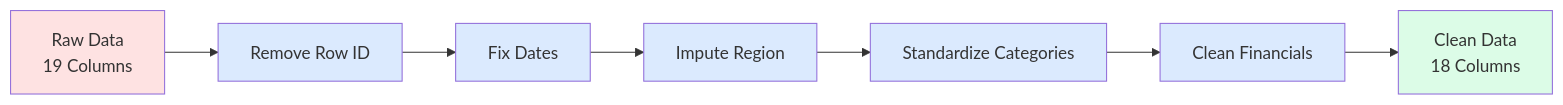
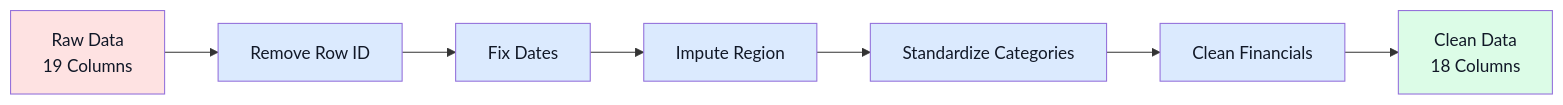
Before and after one commit to Shubham-60/SectionD_Group11_SuperstoreSales: the diagram in CleanedDataSet/CLEANED.md, drawn with Mermaid.

Commit message:
minor adjustments

````diff
--- a/CleanedDataSet/CLEANED.md
+++ b/CleanedDataSet/CLEANED.md
@@ -38,17 +38,17 @@
 ```mermaid
 flowchart LR
     A[Raw Data<br/>19 Columns] --> B[Remove Row ID]
     B --> C[Fix Dates]
     C --> D[Impute Region]
     D --> E[Standardize Categories]
     E --> F[Clean Financials]
     F --> G[Clean Data<br/>18 Columns]
 
-    style A fill:#fee2e2
-    style G fill:#dcfce7
-    style B fill:#dbeafe
-    style C fill:#dbeafe
-    style D fill:#dbeafe
-    style E fill:#dbeafe
-    style F fill:#dbeafe
+    style A fill:#fee2e2,color:#111827
+    style G fill:#dcfce7,color:#111827
+    style B fill:#dbeafe,color:#111827
+    style C fill:#dbeafe,color:#111827
+    style D fill:#dbeafe,color:#111827
+    style E fill:#dbeafe,color:#111827
+    style F fill:#dbeafe,color:#111827
 ```
````
